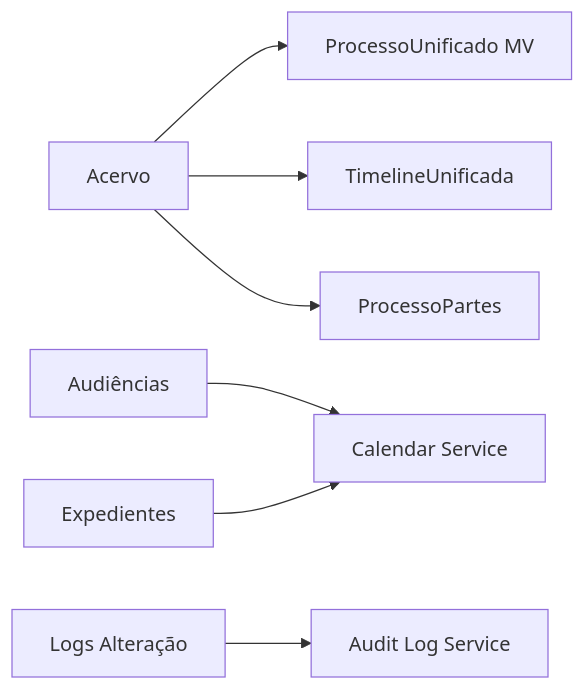
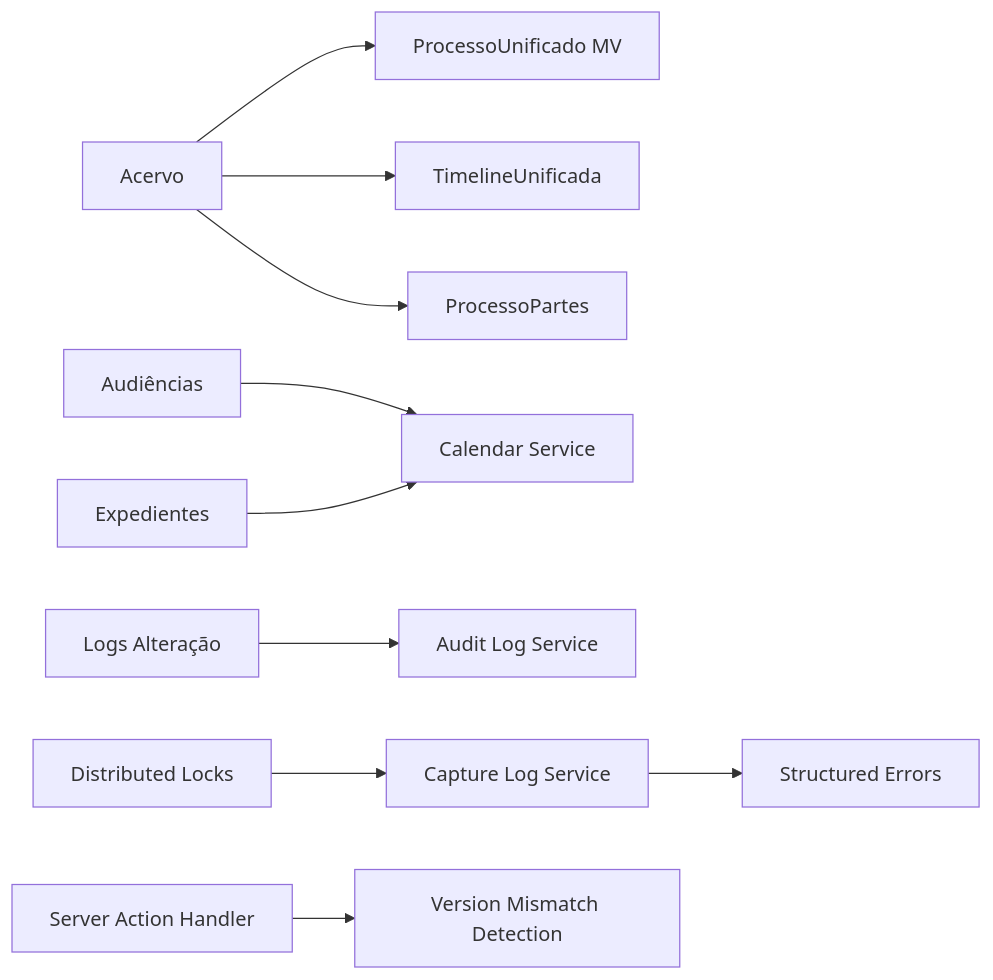
Diagram 14 of 14 in .qoder/repowiki/en/content/Legal Process Management System/Legal Process Management System.md (SinesysTech/zattar-os), drawn with Mermaid before and after one commit. The commit also changed other lines of this file and 6 other files, not shown here.

````diff
--- a/.qoder/repowiki/en/content/Legal Process Management System/Legal Process Management System.md
+++ b/.qoder/repowiki/en/content/Legal Process Management System/Legal Process Management System.md
@@ -432,9 +650,12 @@
 ```mermaid
 graph LR
 A["Acervo"] --> B["ProcessoUnificado MV"]
 A --> C["TimelineUnificada"]
 A --> D["ProcessoPartes"]
 E["Audiências"] --> F["Calendar Service"]
 G["Expedientes"] --> F
 H["Logs Alteração"] --> I["Audit Log Service"]
+J["Capture Log Service"] --> K["Structured Errors"]
+L["Distributed Locks"] --> J
+M["Server Action Handler"] --> N["Version Mismatch Detection"]
 ```
````
